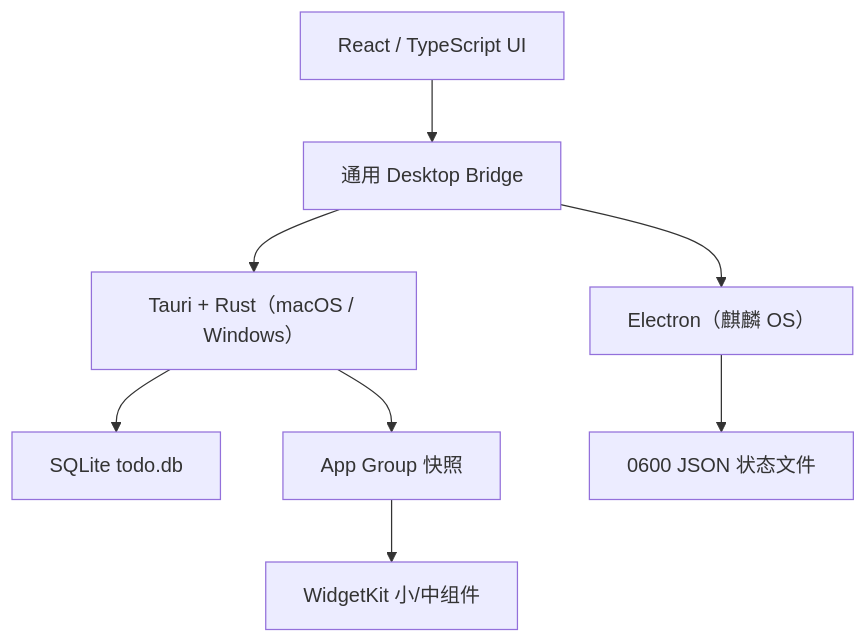
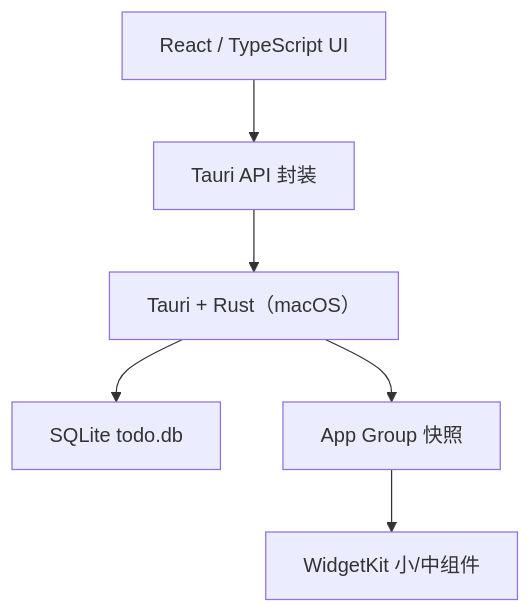
The diagram in docs/BluNote-v1.0-产品需求文档.md (kelviNnn7/todoList), drawn with Mermaid before and after one commit. The commit also changed other lines of this file and 33 other files, not shown here.

Commit message:
refactor: focus desktop app on macOS

````diff
--- a/docs/BluNote-v1.0-产品需求文档.md
+++ b/docs/BluNote-v1.0-产品需求文档.md
@@ -464,10 +460,8 @@
 ```mermaid
 flowchart TD
-    UI["React / TypeScript UI"] --> Bridge["通用 Desktop Bridge"]
-    Bridge --> Tauri["Tauri + Rust（macOS / Windows）"]
-    Bridge --> Electron["Electron（麒麟 OS）"]
+    UI["React / TypeScript UI"] --> Bridge["Tauri API 封装"]
+    Bridge --> Tauri["Tauri + Rust（macOS）"]
     Tauri --> SQLite["SQLite todo.db"]
-    Electron --> JSON["0600 JSON 状态文件"]
     Tauri --> Snapshot["App Group 快照"]
     Snapshot --> Widget["WidgetKit 小/中组件"]
 ```
````
